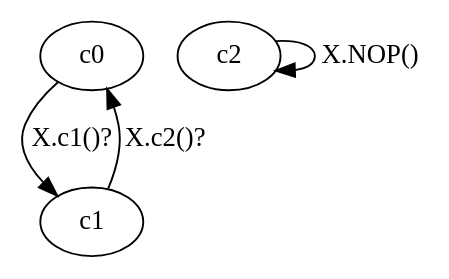
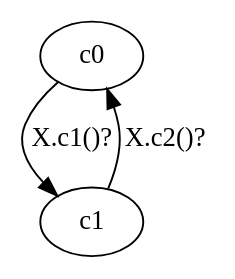
One commit to nargeskh/ControllerSynthesis changed the diagram in IO/outExperiments/cache.dot. Above: the diagram before and after it, drawn with Graphviz. The commit also changed 122 other files, not shown here.

```diff
--- a/IO/outExperiments/cache.dot
+++ b/IO/outExperiments/cache.dot
@@ -1,3 +1,3 @@
 digraph { 
-c0->c1[label= "X.c1()?"];c1->c0[label= "X.c2()?"];c2->c2[label= "X.NOP()"];
+c0->c1[label= "X.c1()?"];c1->c0[label= "X.c2()?"];
 }
```
